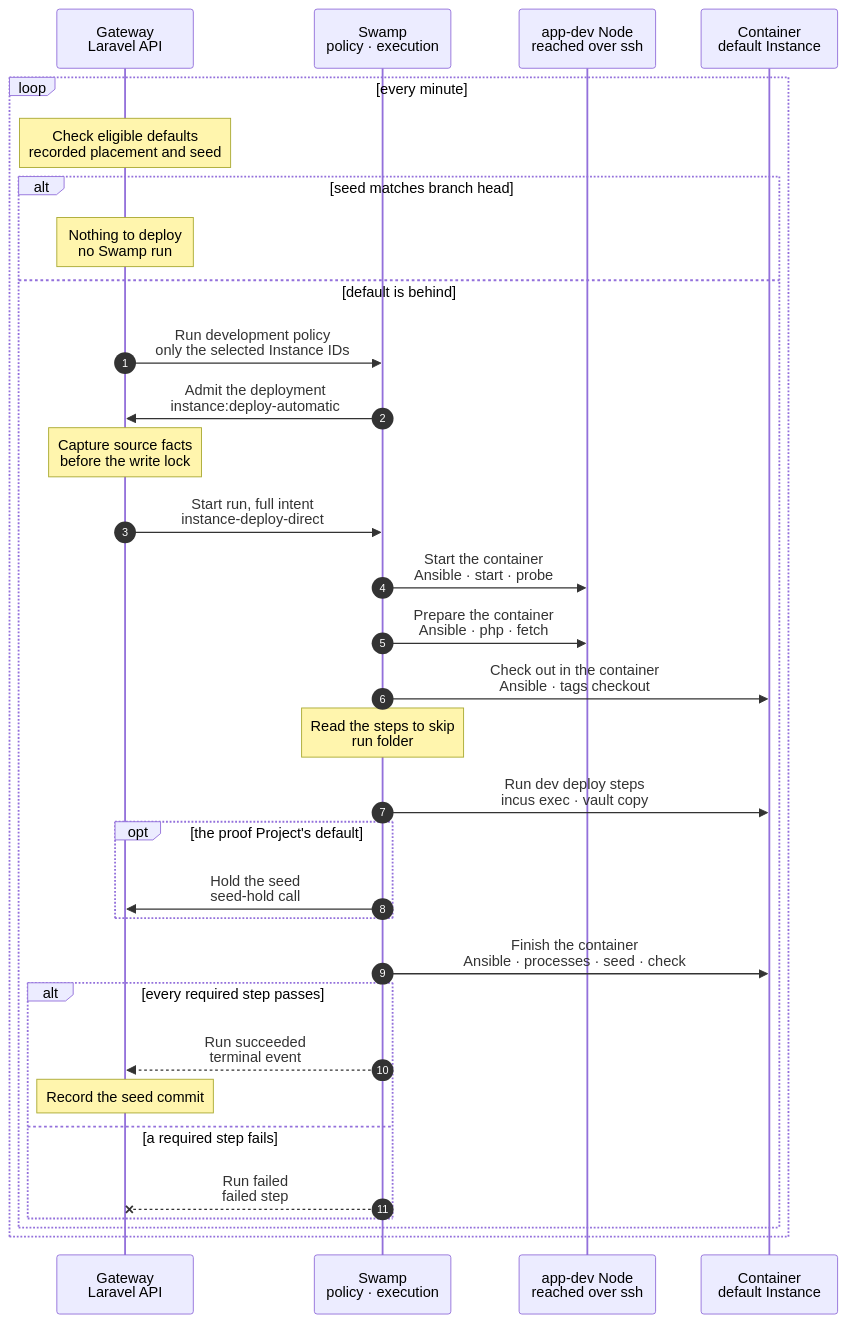
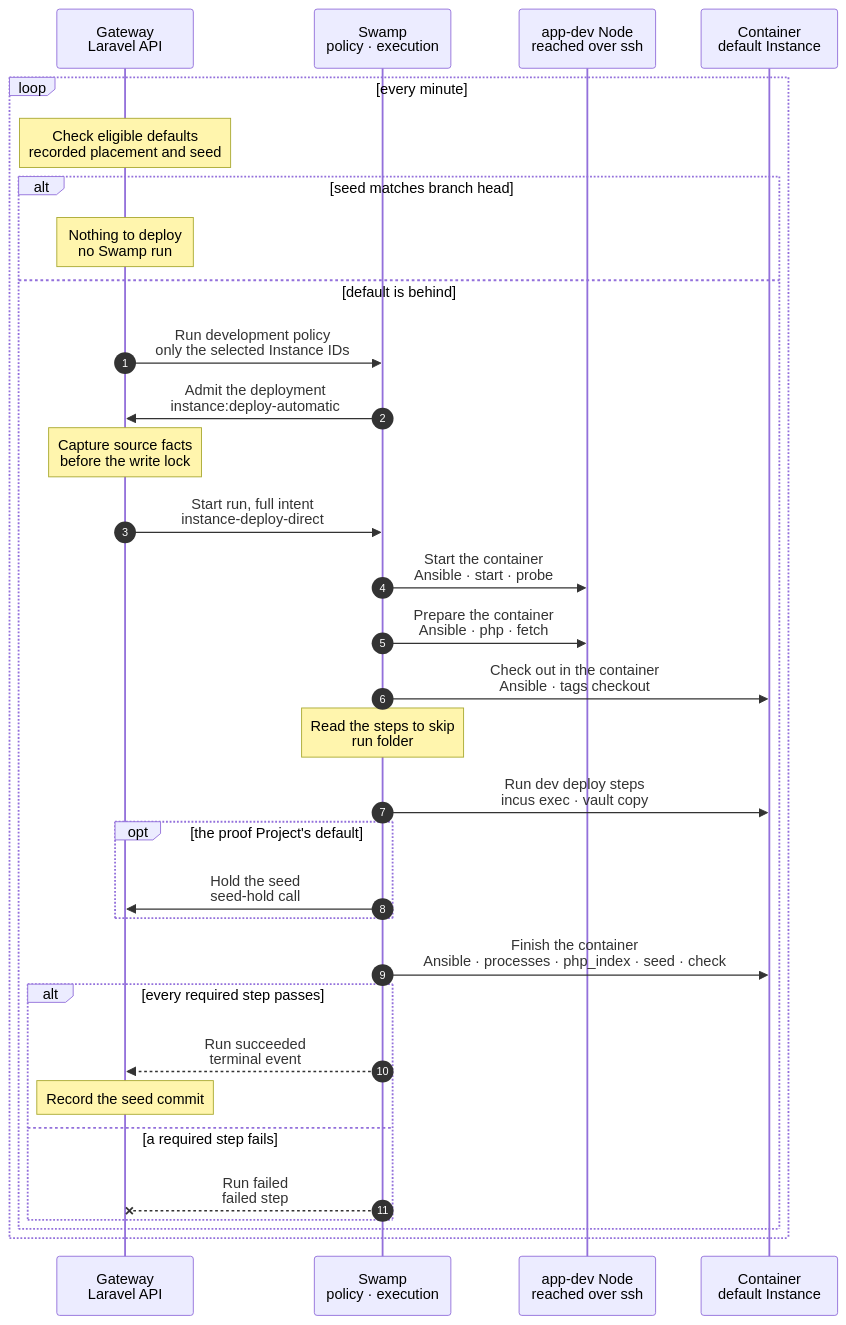
One commit to hardimpactdev/orbit changed the diagram in docs/cli/instance/container/deploy-default.mmd. Above: the diagram before and after it, drawn with Mermaid. The commit also changed 24 other files, not shown here.

```diff
--- a/docs/cli/instance/container/deploy-default.mmd
+++ b/docs/cli/instance/container/deploy-default.mmd
@@ -87,15 +87,20 @@
     %%> On failure:
     %%> - the bound passes while the seed copy runs: the deployment fails with `instance.seed_hold_timeout` before it changes the container; the old seed stays; no seed is restored and the container is not started
   end
-  SW->>C: Finish the container<br/>Ansible · processes · seed · check
+  SW->>C: Finish the container<br/>Ansible · processes · php_index · seed · check
   %%> What it does:
-  %%> - one play runs the phases `processes`, `seed` and `check`, in this order; a nested-fleet default refreshes its fleet between `processes` and `seed`: container/fleet-refresh.mmd
+  %%> - one play runs the phases `processes`, `php_index`, `seed` and `check`, in this order; a nested-fleet default refreshes its fleet between `processes` and `php_index`: container/fleet-refresh.mmd
   %%> - the handlers a phase notifies run before the next phase starts, as with separate plays
   %%> Phase processes:
   %%> - installs the Project's new and changed development Process definitions as `orbit-*` units, with their environment files from the vault
   %%> - restarts a changed unit and removes a former environment file
   %%> - removes the unit and environment folder of a Process whose definition the Project removed; admission marked its record `removing`
   %%> - enables and starts each running unit and waits for it; a unit that does not become active fails with its name in the detail, and only its Process is recorded failed
+  %%> Phase php_index:
+  %%> - only a Laravel default on an active app-dev Node, whose intent has `php_index`; every other default skips it
+  %%> - `agent` runs Phpactor's `index:build` at the application's folder, after the deploy steps, at the lowest CPU and I/O priority and within 600 s; Phpactor finds its index under agent's home by itself, and reindexes only what changed
+  %%> - an unchanged tree (its fingerprint in `~/.cache/orbit-php-index.json`) starts no Phpactor
+  %%> - a failed or late build fails with `instance.php_index_failed` and Phpactor's reason in the detail; the seed is not taken, so the old seed stays
   %%> Phase seed:
   %%> - prepares a Node/Vite default’s private Node store as www-data before the existing snapshot stop/start boundary; this conversion itself never restarts a Process
   %%> - a converted store requires a new seed even at the same commit, so clones inherit it; older seeds remain slower but correct until the explicit deploy refreshes them
```
